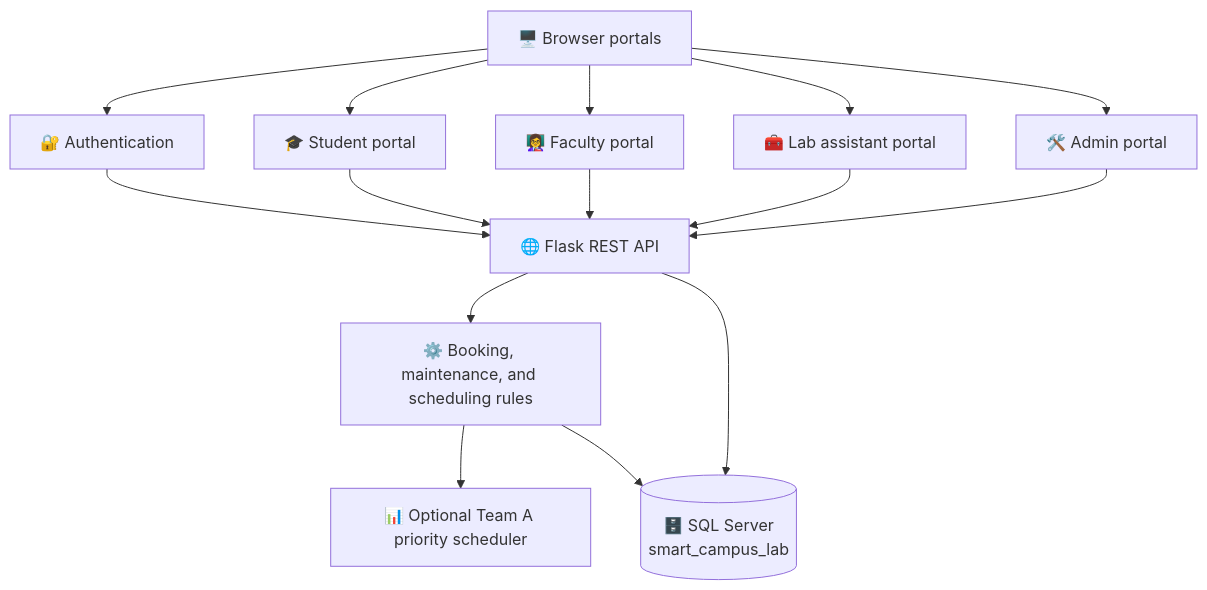
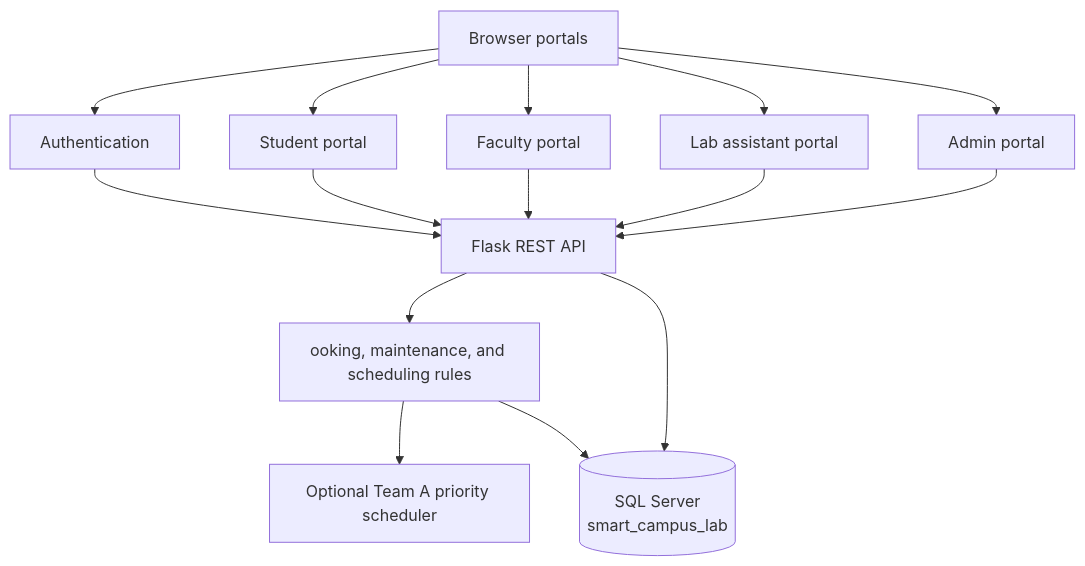
Before and after one commit to swapnil2737/Smart_Campus_Lab_and_Resource_Optimizer: the diagram in README.md, drawn with Mermaid. The commit also changed other lines of this file, not shown here.

````diff
--- a/README.md
+++ b/README.md
@@ -31,31 +31,31 @@
 ```mermaid
 flowchart TB
     accTitle: Smart Campus System Architecture
     accDescr: Browser portals call the Flask API, which validates requests, applies booking and maintenance rules, and reads or writes SQL Server data.
 
-    browser["🖥️ Browser portals"]
-    login["🔐 Authentication"]
-    student["🎓 Student portal"]
-    faculty["👩‍🏫 Faculty portal"]
-    assistant["🧰 Lab assistant portal"]
-    admin["🛠️ Admin portal"]
-    api["🌐 Flask REST API"]
-    rules["⚙️ Booking, maintenance, and scheduling rules"]
-    team_a["📊 Optional Team A priority scheduler"]
-    database[("🗄️ SQL Server<br/>smart_campus_lab")]
+    browser["Browser portals"]
+    login[" Authentication"]
+    student["Student portal"]
+    faculty["Faculty portal"]
+    assistant["Lab assistant portal"]
+    admin["Admin portal"]
+    api["Flask REST API"]
+    rules["ooking, maintenance, and scheduling rules"]
+    team_a["Optional Team A priority scheduler"]
+    database[("SQL Server<br/>smart_campus_lab")]
 
     browser --> login
     browser --> student
     browser --> faculty
     browser --> assistant
     browser --> admin
     login --> api
     student --> api
     faculty --> api
     assistant --> api
     admin --> api
     api --> rules
     rules --> team_a
     rules --> database
     api --> database
 ```
````
